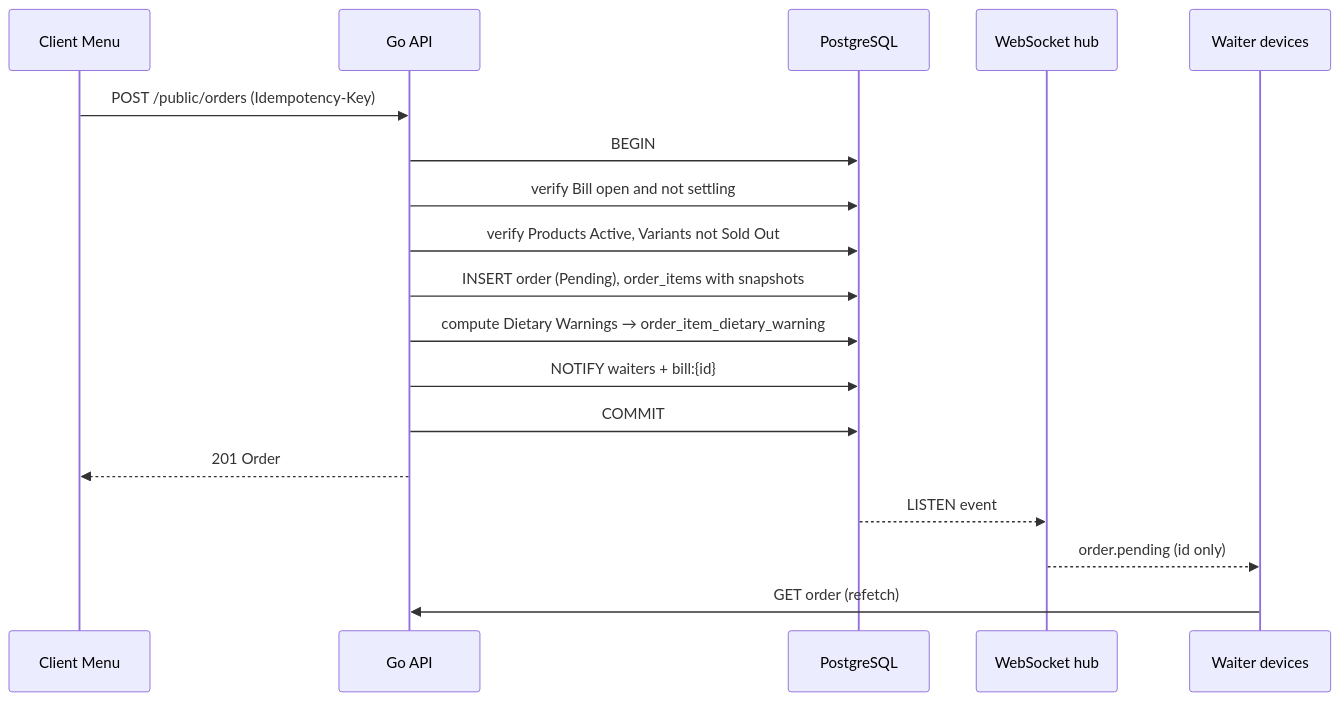
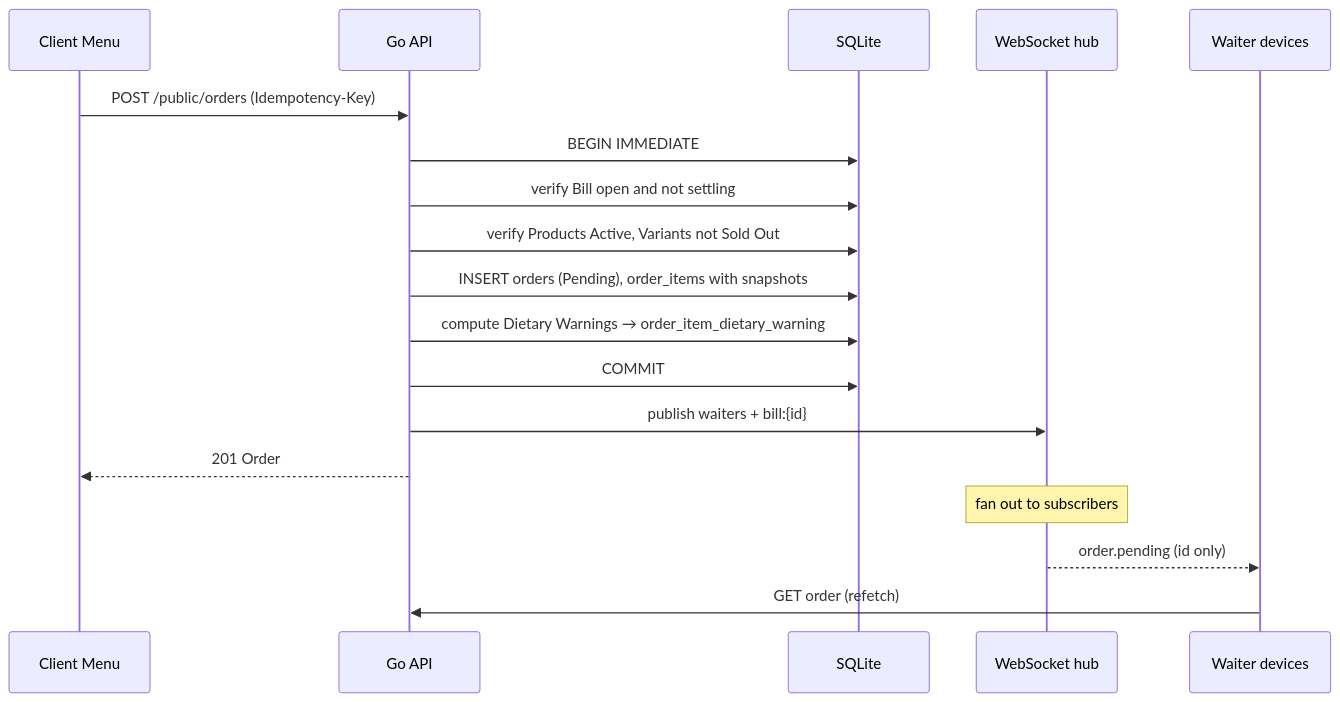
One commit to morpikssolutionsDev/Shusi_latte changed diagram 27 of 35 in docs/OVERVIEW-AND-FLOWS.md. Above: the diagram before and after it, drawn with Mermaid. The commit also changed other lines of this file and 105 other files, not shown here.

````diff
--- a/docs/OVERVIEW-AND-FLOWS.md
+++ b/docs/OVERVIEW-AND-FLOWS.md
@@ -703,20 +705,20 @@
 ```mermaid
 sequenceDiagram
   participant C as Client Menu
   participant API as Go API
-  participant DB as PostgreSQL
+  participant DB as SQLite
   participant HUB as WebSocket hub
   participant W as Waiter devices
   C->>API: POST /public/orders (Idempotency-Key)
-  API->>DB: BEGIN
+  API->>DB: BEGIN IMMEDIATE
   API->>DB: verify Bill open and not settling
   API->>DB: verify Products Active, Variants not Sold Out
-  API->>DB: INSERT order (Pending), order_items with snapshots
+  API->>DB: INSERT orders (Pending), order_items with snapshots
   API->>DB: compute Dietary Warnings → order_item_dietary_warning
-  API->>DB: NOTIFY waiters + bill:{id}
   API->>DB: COMMIT
+  API->>HUB: publish waiters + bill:{id}
   API-->>C: 201 Order
-  DB-->>HUB: LISTEN event
+  Note over HUB: fan out to subscribers
   HUB-->>W: order.pending (id only)
   W->>API: GET order (refetch)
 ```
````
